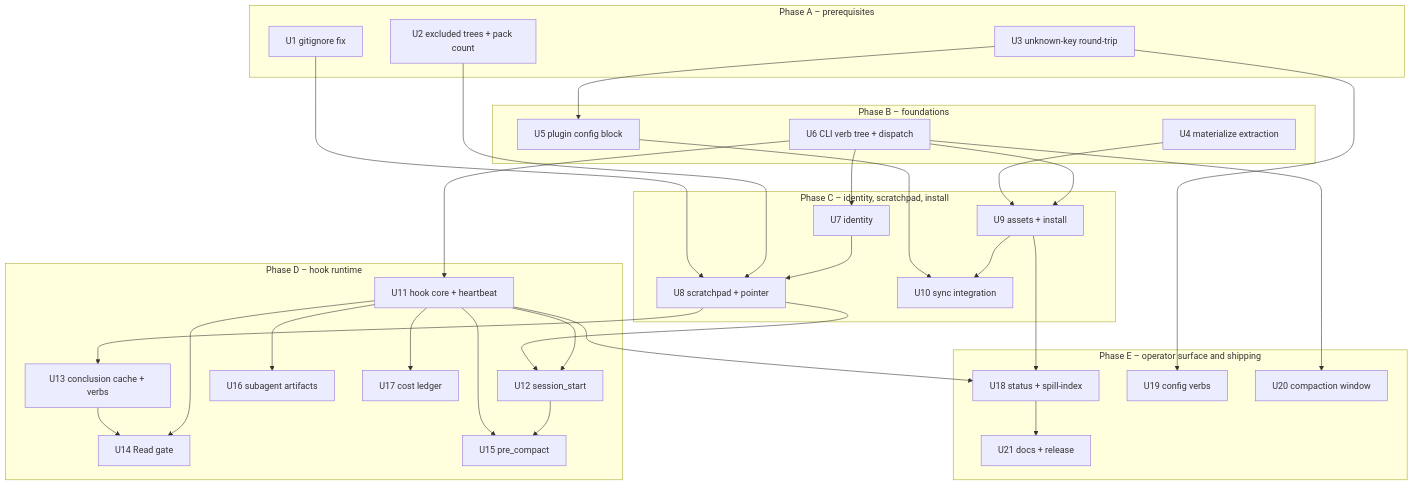
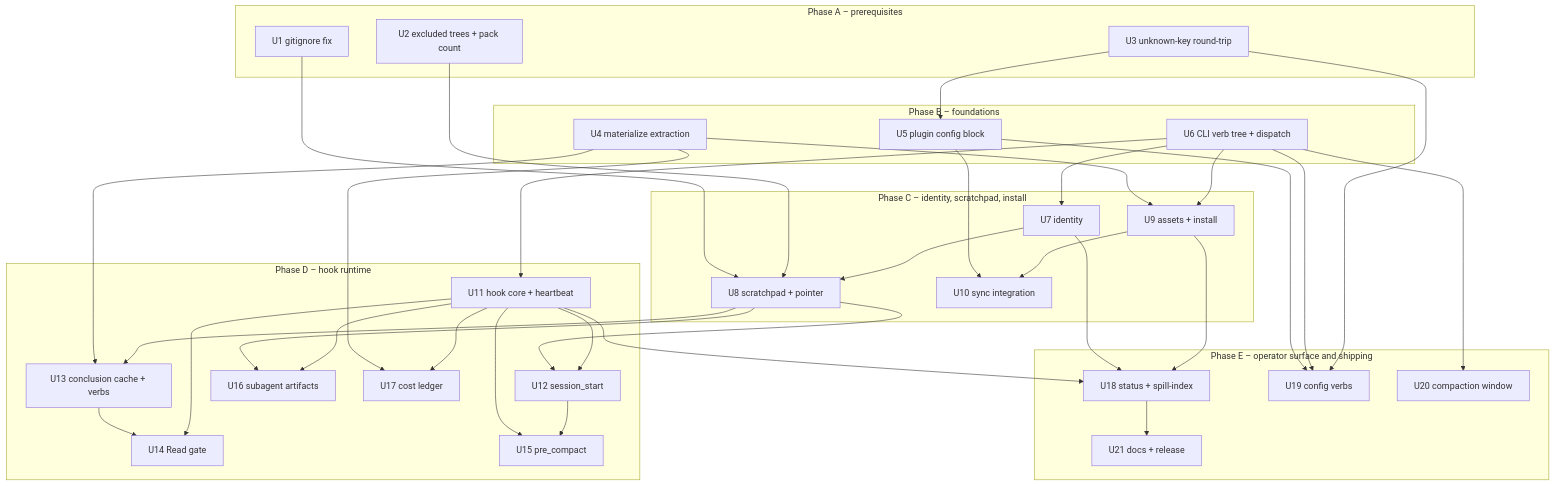
Before and after one commit to ViktorStiskala/superset-magic: the fourth of 4 diagrams in docs/plans/2026-08-29-001-feat-ss-magic-claude-plugin-plan.md, drawn with Mermaid. The commit also changed other lines of this file and 2 other files, not shown here.

````diff
--- a/docs/plans/2026-08-29-001-feat-ss-magic-claude-plugin-plan.md
+++ b/docs/plans/2026-08-29-001-feat-ss-magic-claude-plugin-plan.md
@@ -366,50 +366,56 @@
 ```mermaid
 flowchart TB
   subgraph phaseA["Phase A – prerequisites"]
     U1["U1 gitignore fix"]
     U2["U2 excluded trees + pack count"]
     U3["U3 unknown-key round-trip"]
   end
   subgraph phaseB["Phase B – foundations"]
     U4["U4 materialize extraction"]
     U5["U5 plugin config block"]
     U6["U6 CLI verb tree + dispatch"]
   end
   subgraph phaseC["Phase C – identity, scratchpad, install"]
     U7["U7 identity"]
     U8["U8 scratchpad + pointer"]
     U9["U9 assets + install"]
     U10["U10 sync integration"]
   end
   subgraph phaseD["Phase D – hook runtime"]
     U11["U11 hook core + heartbeat"]
     U12["U12 session_start"]
     U13["U13 conclusion cache + verbs"]
     U14["U14 Read gate"]
     U15["U15 pre_compact"]
     U16["U16 subagent artifacts"]
     U17["U17 cost ledger"]
   end
   subgraph phaseE["Phase E – operator surface and shipping"]
     U18["U18 status + spill-index"]
     U19["U19 config verbs"]
     U20["U20 compaction window"]
     U21["U21 docs + release"]
   end
   U1 --> U8
   U2 --> U8
   U3 --> U5 --> U10
   U4 --> U9 --> U10
   U6 --> U7 --> U8
   U6 --> U9
   U6 --> U11
   U8 --> U12
-  U8 --> U13 --> U14
+  U4 --> U13 --> U14
+  U4 --> U17
+  U8 --> U13
+  U8 --> U16
+  U5 --> U19
+  U6 --> U19
+  U7 --> U18
   U11 --> U12 & U14 & U15 & U16 & U17
   U12 --> U15
   U11 --> U18
   U9 --> U18
   U3 --> U19
   U6 --> U20
   U18 --> U21
 ```
````
